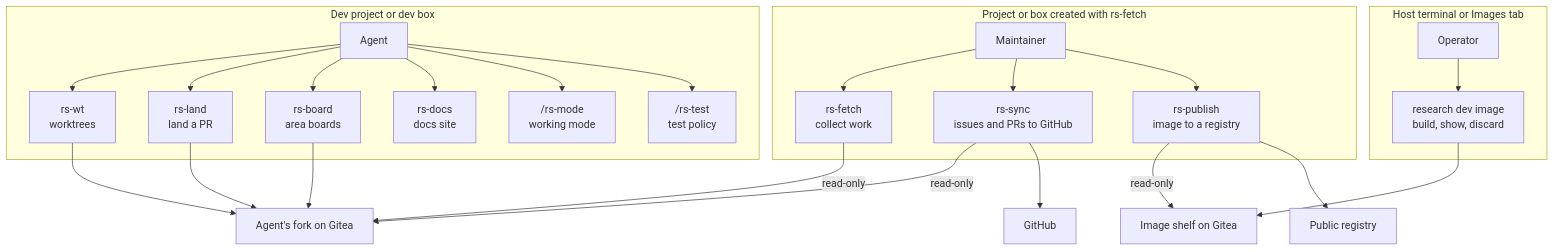
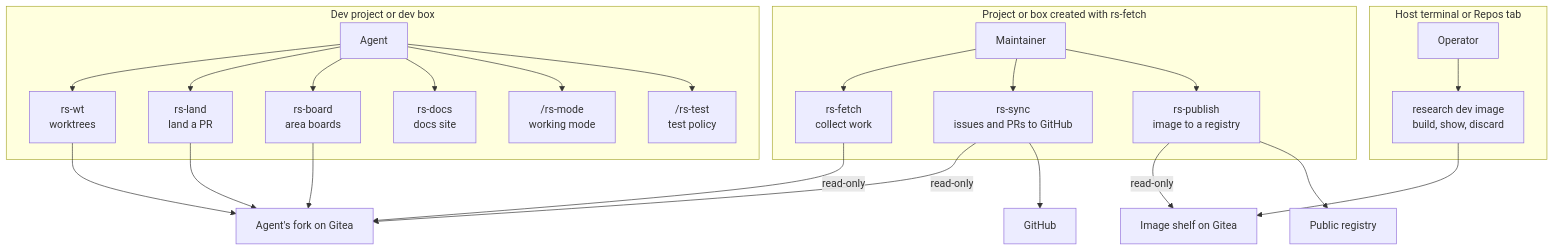
One commit to joaopn/research-sandbox changed the diagram in docs/architecture/Container-commands.md. Above: the diagram before and after it, drawn with Mermaid. The commit also changed other lines of this file and 10 other files, not shown here.

````diff
--- a/docs/architecture/Container-commands.md
+++ b/docs/architecture/Container-commands.md
@@ -13,28 +13,28 @@
 ```mermaid
 flowchart TD
   subgraph dev["Dev project or dev box"]
     agent["Agent"] --> wt["rs-wt<br/>worktrees"]
     agent --> land["rs-land<br/>land a PR"]
     agent --> board["rs-board<br/>area boards"]
     agent --> docs["rs-docs<br/>docs site"]
     agent --> mode["/rs-mode<br/>working mode"]
     agent --> test["/rs-test<br/>test policy"]
   end
   subgraph fetch["Project or box created with rs-fetch"]
     person["Maintainer"] --> rsfetch["rs-fetch<br/>collect work"]
     person --> rssync["rs-sync<br/>issues and PRs to GitHub"]
     person --> rspub["rs-publish<br/>image to a registry"]
   end
-  subgraph host["Host terminal or Images tab"]
+  subgraph host["Host terminal or Repos tab"]
     op["Operator"] --> img["research dev image<br/>build, show, discard"]
   end
   land --> gitea["Agent's fork on Gitea"]
   wt --> gitea
   board --> gitea
   rsfetch -->|"read-only"| gitea
   rssync -->|"read-only"| gitea
   rssync --> gh["GitHub"]
   img --> shelf["Image shelf on Gitea"]
   rspub -->|"read-only"| shelf
   rspub --> registry["Public registry"]
 ```
````
